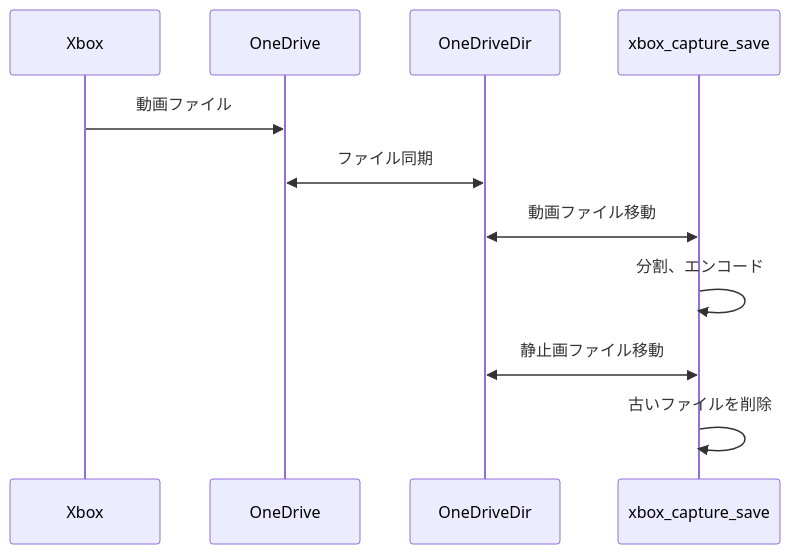
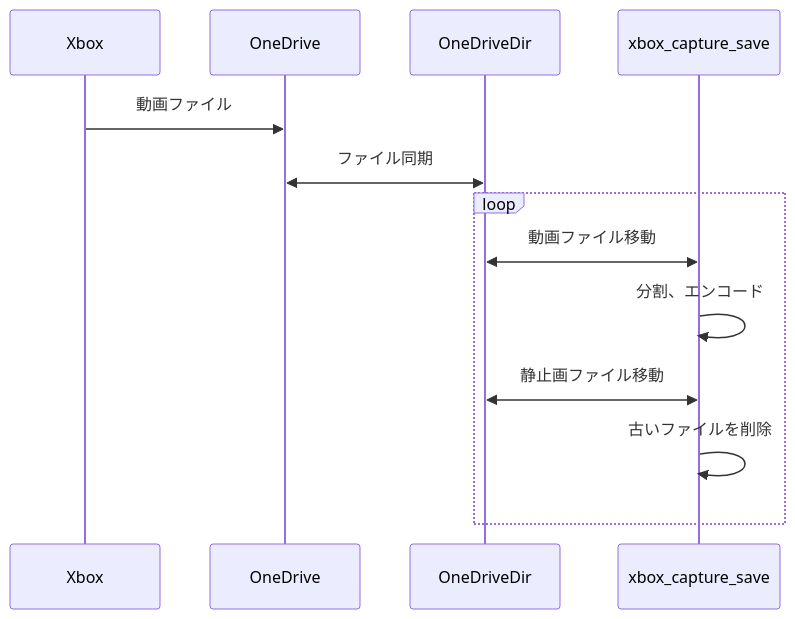
Before and after one commit to daenomo/xbox_capture_save: the diagram in README.md, drawn with Mermaid.

````diff
--- a/README.md
+++ b/README.md
@@ -10,9 +10,11 @@
 ```mermaid
 sequenceDiagram
     Xbox ->> OneDrive : 動画ファイル
     OneDrive <<->> OneDriveDir : ファイル同期
-    xbox_capture_save <<->> OneDriveDir : 動画ファイル移動
-    xbox_capture_save ->> xbox_capture_save : 分割、エンコード
-    xbox_capture_save <<->> OneDriveDir : 静止画ファイル移動
-    xbox_capture_save ->> xbox_capture_save : 古いファイルを削除
+    loop
+        xbox_capture_save <<->> OneDriveDir : 動画ファイル移動
+        xbox_capture_save ->> xbox_capture_save : 分割、エンコード
+        xbox_capture_save <<->> OneDriveDir : 静止画ファイル移動
+        xbox_capture_save ->> xbox_capture_save : 古いファイルを削除
+    end
 ```
````
